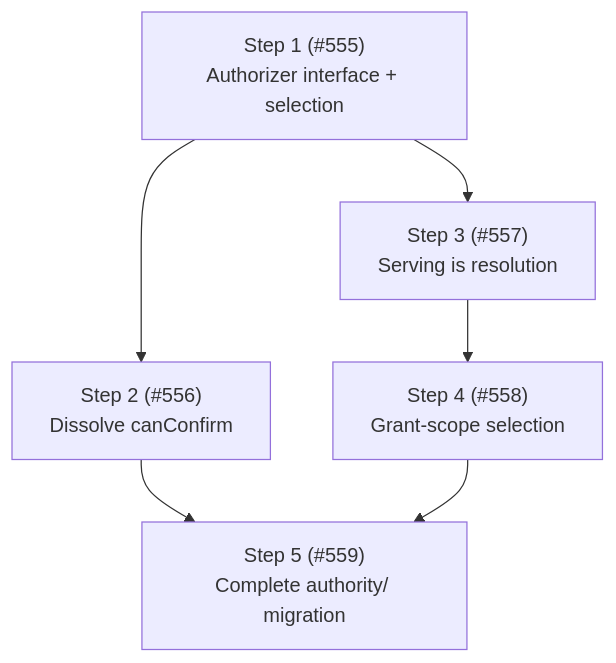
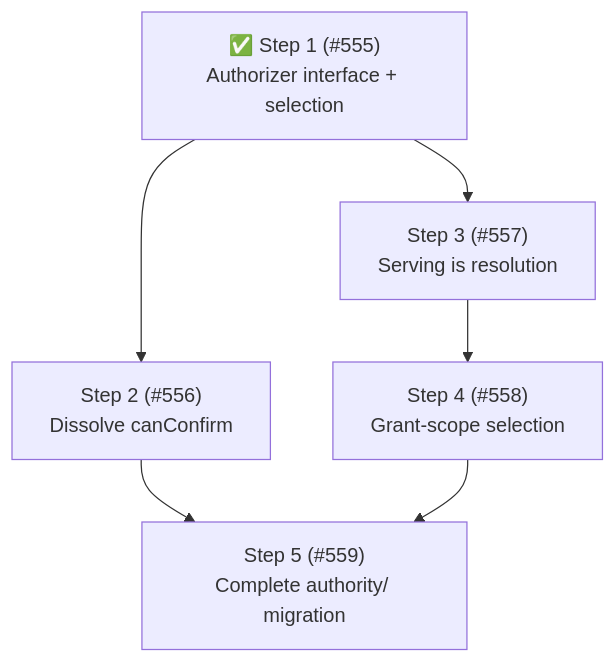
One commit to whaoa/forked-gotgenes-pi-packages changed the fourth of 4 diagrams in packages/pi-permission-system/docs/architecture/architecture.md. Above: the diagram before and after it, drawn with Mermaid. The commit also changed other lines of this file and 2 other files, not shown here.

First line of the commit message:
docs(pi-permission-system): mark Phase 9 Step 1 complete — Authorizer spine

````diff
--- a/packages/pi-permission-system/docs/architecture/architecture.md
+++ b/packages/pi-permission-system/docs/architecture/architecture.md
@@ -911,14 +916,14 @@
 ```mermaid
 flowchart TD
-    S1["Step 1 (#555)<br/>Authorizer interface + selection"]
+    S1["✅ Step 1 (#555)<br/>Authorizer interface + selection"]
     S2["Step 2 (#556)<br/>Dissolve canConfirm"]
     S3["Step 3 (#557)<br/>Serving is resolution"]
     S4["Step 4 (#558)<br/>Grant-scope selection"]
     S5["Step 5 (#559)<br/>Complete authority/ migration"]
 
     S1 --> S2
     S1 --> S3
     S3 --> S4
     S2 --> S5
     S4 --> S5
 ```
````
